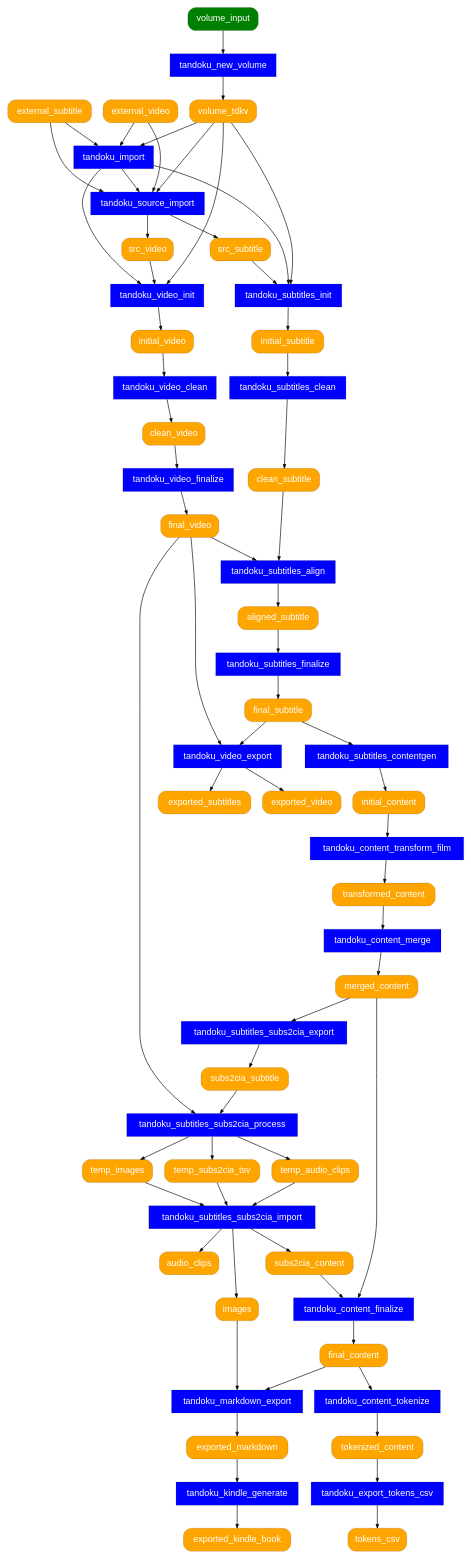
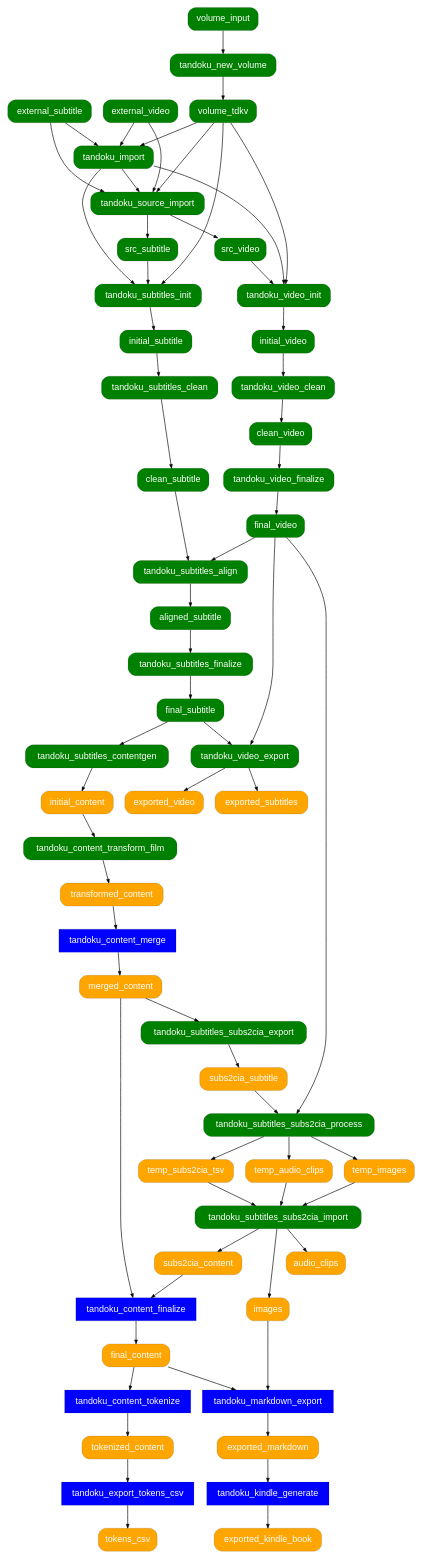
The diagram in docs/tandoku-workflow.dot (tandoku/tandoku), drawn with Graphviz before and after one commit. The commit also changed 2 other files, not shown here.

Commit message:
porting workflow content to .tdkw.yaml (1/many)

```diff
--- a/docs/tandoku-workflow.dot
+++ b/docs/tandoku-workflow.dot
@@ -1,178 +1,178 @@
 # TODO: consider generating this from spreadsheet data using PSGraph
 # (or create workflow definition in YAML, import to spreadsheet and generate graph from YAML)
 digraph {
     graph [fontname="Helvetica"];
     node [fontname="Helvetica" penwidth=0.2];
     edge [fontname="Helvetica" arrowsize="0.6"];
 
     # processes
     node [shape=rect style="filled" fillcolor=blue fontcolor=white];
     # TODO: align to new module-based API structure
-    tandoku_new_volume
+    #tandoku_new_volume
 
     tandoku_export_tokens_csv
 
-    tandoku_import
+    #tandoku_import
     
     ## source processes
-    tandoku_source_import
+    #tandoku_source_import
 
     ## film processes (subtitles, video)
-    tandoku_subtitles_init
-    tandoku_subtitles_clean
-    tandoku_subtitles_align
-    tandoku_subtitles_finalize
-    tandoku_subtitles_contentgen
+    #tandoku_subtitles_init
+    #tandoku_subtitles_clean
+    #tandoku_subtitles_align
+    #tandoku_subtitles_finalize
+    #tandoku_subtitles_contentgen
 
-    tandoku_subtitles_subs2cia_export
-    tandoku_subtitles_subs2cia_process
-    tandoku_subtitles_subs2cia_import
+    #tandoku_subtitles_subs2cia_export
+    #tandoku_subtitles_subs2cia_process
+    #tandoku_subtitles_subs2cia_import
 
-    tandoku_video_init
-    tandoku_video_clean
-    tandoku_video_finalize
-    tandoku_video_export
+    #tandoku_video_init
+    #tandoku_video_clean
+    #tandoku_video_finalize
+    #tandoku_video_export
 
-    tandoku_content_transform_film
+    #tandoku_content_transform_film
 
     ## content processes
     tandoku_content_merge
     tandoku_content_finalize
     tandoku_content_tokenize
 
     ## markdown, kindle processses
     tandoku_markdown_export
     tandoku_kindle_generate
 
     # artifacts
     node [shape=rect style="filled,rounded" fillcolor=orange];
-    volume_tdkv
+    #volume_tdkv
 
     initial_content
     transformed_content
     merged_content
     tokenized_content
     final_content
 
     images
 
     audio_clips
 
     tokens_csv
 
     ## film artifacts
-    external_subtitle
-    src_subtitle
-    initial_subtitle
-    clean_subtitle
-    aligned_subtitle
-    final_subtitle
+    #external_subtitle
+    #src_subtitle
+    #initial_subtitle
+    #clean_subtitle
+    #aligned_subtitle
+    #final_subtitle
 
-    external_video
-    src_video
-    initial_video
-    clean_video
-    final_video
+    #external_video
+    #src_video
+    #initial_video
+    #clean_video
+    #final_video
 
     exported_video
     exported_subtitles
 
     subs2cia_subtitle
     temp_subs2cia_tsv
     temp_audio_clips
     temp_images
     subs2cia_content
 
     ## markdown, kindle
     exported_markdown
     exported_kindle_book
 
     # user input
     node [shape=rect style="filled,rounded" fillcolor=green];
     volume_input
 
     # edges
     volume_input -> tandoku_new_volume
     tandoku_new_volume -> volume_tdkv
 
     tokenized_content -> tandoku_export_tokens_csv
     tandoku_export_tokens_csv -> tokens_csv
 
     external_subtitle -> tandoku_import
     external_video -> tandoku_import
     volume_tdkv -> tandoku_import
     tandoku_import -> tandoku_source_import
     tandoku_import -> tandoku_subtitles_init
     tandoku_import -> tandoku_video_init
 
     volume_tdkv -> tandoku_source_import
 
     ## film edges
     external_subtitle -> tandoku_source_import
     tandoku_source_import -> src_subtitle
     src_subtitle -> tandoku_subtitles_init
     volume_tdkv -> tandoku_subtitles_init
     tandoku_subtitles_init -> initial_subtitle
     initial_subtitle -> tandoku_subtitles_clean
     tandoku_subtitles_clean -> clean_subtitle
 
     external_video -> tandoku_source_import
     tandoku_source_import -> src_video
     src_video -> tandoku_video_init
     volume_tdkv -> tandoku_video_init
     tandoku_video_init -> initial_video
     initial_video -> tandoku_video_clean
     tandoku_video_clean -> clean_video
     clean_video -> tandoku_video_finalize
     tandoku_video_finalize -> final_video
 
     clean_subtitle -> tandoku_subtitles_align
     final_video -> tandoku_subtitles_align
     tandoku_subtitles_align -> aligned_subtitle
     aligned_subtitle -> tandoku_subtitles_finalize
     tandoku_subtitles_finalize -> final_subtitle
 
     final_subtitle -> tandoku_video_export
     final_video -> tandoku_video_export
     tandoku_video_export -> exported_video
     tandoku_video_export -> exported_subtitles
 
     final_subtitle -> tandoku_subtitles_contentgen
     tandoku_subtitles_contentgen -> initial_content
 
     initial_content -> tandoku_content_transform_film
     tandoku_content_transform_film -> transformed_content
 
     merged_content -> tandoku_subtitles_subs2cia_export
     tandoku_subtitles_subs2cia_export -> subs2cia_subtitle
     subs2cia_subtitle -> tandoku_subtitles_subs2cia_process
     final_video -> tandoku_subtitles_subs2cia_process
     tandoku_subtitles_subs2cia_process -> temp_subs2cia_tsv
     tandoku_subtitles_subs2cia_process -> temp_audio_clips
     tandoku_subtitles_subs2cia_process -> temp_images
     temp_subs2cia_tsv -> tandoku_subtitles_subs2cia_import
     temp_audio_clips -> tandoku_subtitles_subs2cia_import
     temp_images -> tandoku_subtitles_subs2cia_import
     tandoku_subtitles_subs2cia_import -> audio_clips
     tandoku_subtitles_subs2cia_import -> images
     tandoku_subtitles_subs2cia_import -> subs2cia_content
     subs2cia_content -> tandoku_content_finalize
 
     ## general content edges
     transformed_content -> tandoku_content_merge
     tandoku_content_merge -> merged_content
     merged_content -> tandoku_content_finalize
     tandoku_content_finalize -> final_content
 
     final_content -> tandoku_content_tokenize
     tandoku_content_tokenize -> tokenized_content
 
     ## markdown export
     final_content -> tandoku_markdown_export
     images -> tandoku_markdown_export
     tandoku_markdown_export -> exported_markdown
 
     ## kindle export
     exported_markdown -> tandoku_kindle_generate
     tandoku_kindle_generate -> exported_kindle_book
 }
```
